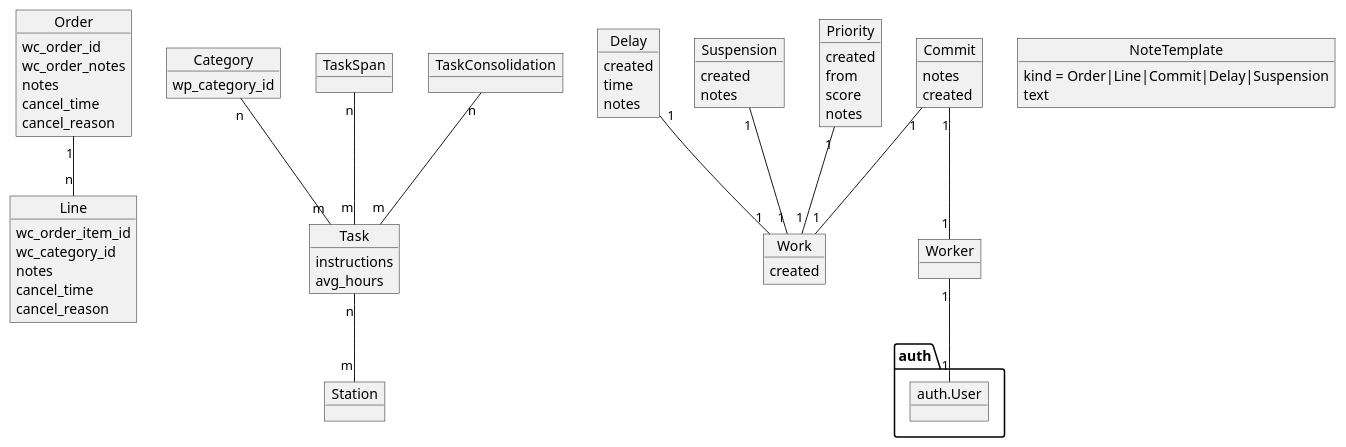
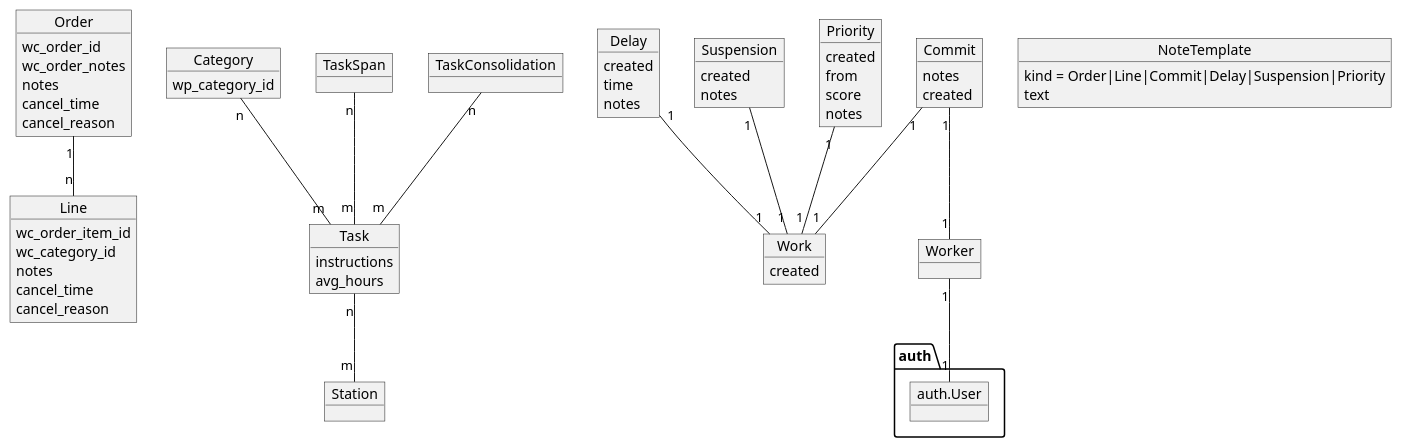
The diagram in docs/application.plantuml (iriswm/iris), drawn with PlantUML before and after one commit.

Commit message:
Add Priority to NoteTemplate kinds

```diff
--- a/docs/application.plantuml
+++ b/docs/application.plantuml
@@ -139,7 +139,7 @@
 '/
 
 object NoteTemplate
-NoteTemplate : kind = Order|Line|Commit|Delay|Suspension
+NoteTemplate : kind = Order|Line|Commit|Delay|Suspension|Priority
 NoteTemplate : text
 
 /'
```
